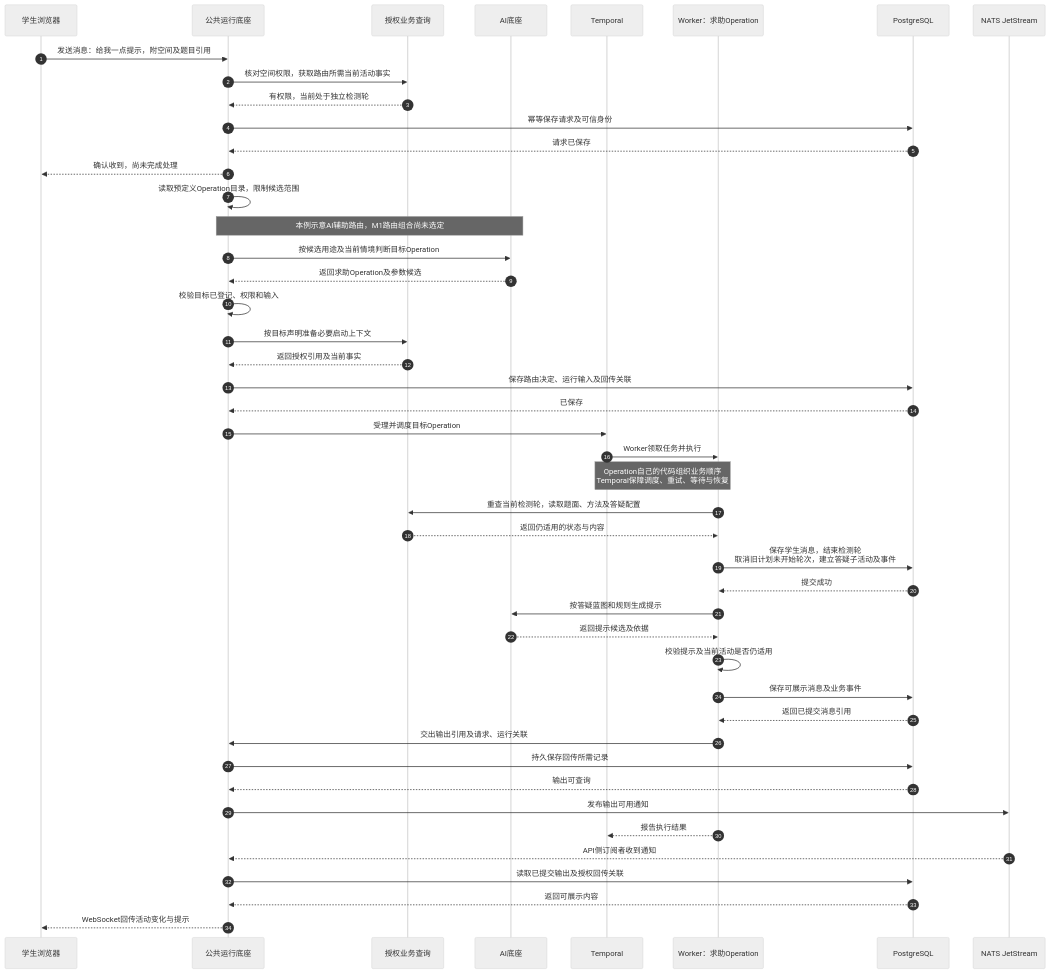
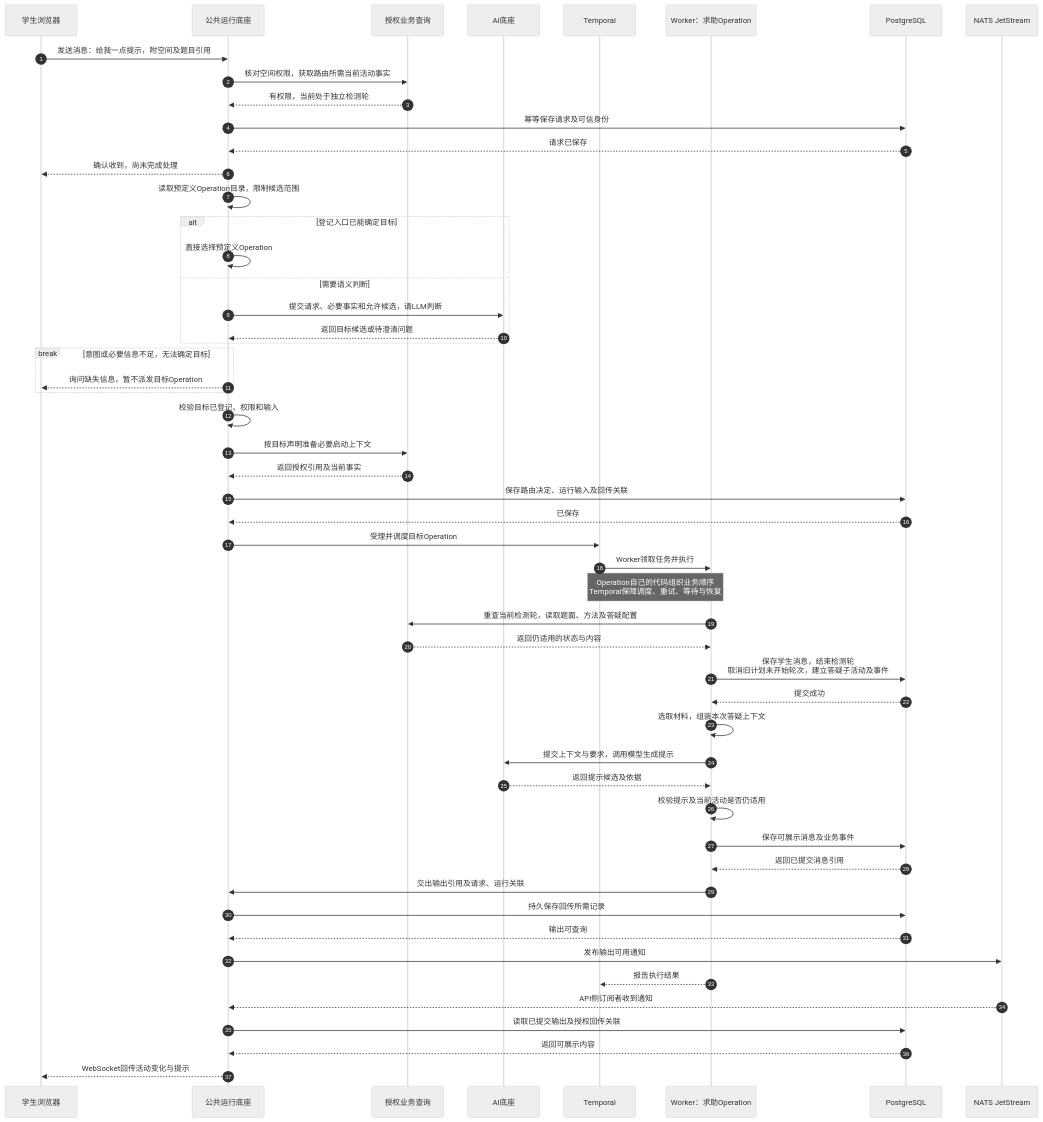
One commit to ivgotcrazy/deermind changed the eighth of 10 diagrams in doc/mvp/m1/engineering/System_Design.md. Above: the diagram before and after it, drawn with Mermaid (neutral theme). The commit also changed other lines of this file and 13 other files, not shown here.

````diff
--- a/doc/mvp/m1/engineering/System_Design.md
+++ b/doc/mvp/m1/engineering/System_Design.md
@@ -432,48 +480,55 @@
 ```mermaid
 sequenceDiagram
   autonumber
   participant F as 学生浏览器
   participant R as 公共运行底座
   participant Q as 授权业务查询
   participant A as AI底座
   participant T as Temporal
   participant W as Worker：求助Operation
   participant D as PostgreSQL
   participant N as NATS JetStream
   F->>R: 发送消息：给我一点提示，附空间及题目引用
   R->>Q: 核对空间权限，获取路由所需当前活动事实
   Q-->>R: 有权限，当前处于独立检测轮
   R->>D: 幂等保存请求及可信身份
   D-->>R: 请求已保存
   R-->>F: 确认收到，尚未完成处理
   R->>R: 读取预定义Operation目录，限制候选范围
-  Note over R,A: 本例示意AI辅助路由，M1路由组合尚未选定
-  R->>A: 按候选用途及当前情境判断目标Operation
-  A-->>R: 返回求助Operation及参数候选
+  alt 登记入口已能确定目标
+    R->>R: 直接选择预定义Operation
+  else 需要语义判断
+    R->>A: 提交请求、必要事实和允许候选，请LLM判断
+    A-->>R: 返回目标候选或待澄清问题
+  end
+  break 意图或必要信息不足，无法确定目标
+    R-->>F: 询问缺失信息，暂不派发目标Operation
+  end
   R->>R: 校验目标已登记、权限和输入
   R->>Q: 按目标声明准备必要启动上下文
   Q-->>R: 返回授权引用及当前事实
   R->>D: 保存路由决定、运行输入及回传关联
   D-->>R: 已保存
   R->>T: 受理并调度目标Operation
   T->>W: Worker领取任务并执行
   Note over T,W: Operation自己的代码组织业务顺序<br/>Temporal保障调度、重试、等待与恢复
   W->>Q: 重查当前检测轮，读取题面、方法及答疑配置
   Q-->>W: 返回仍适用的状态与内容
   W->>D: 保存学生消息，结束检测轮<br/>取消旧计划未开始轮次，建立答疑子活动及事件
   D-->>W: 提交成功
-  W->>A: 按答疑蓝图和规则生成提示
+  W->>W: 选取材料，组装本次答疑上下文
+  W->>A: 提交上下文与要求，调用模型生成提示
   A-->>W: 返回提示候选及依据
   W->>W: 校验提示及当前活动是否仍适用
   W->>D: 保存可展示消息及业务事件
   D-->>W: 返回已提交消息引用
   W->>R: 交出输出引用及请求、运行关联
   R->>D: 持久保存回传所需记录
   D-->>R: 输出可查询
   R->>N: 发布输出可用通知
   W-->>T: 报告执行结果
   N-->>R: API侧订阅者收到通知
   R->>D: 读取已提交输出及授权回传关联
   D-->>R: 返回可展示内容
   R-->>F: WebSocket回传活动变化与提示
 ```
````
